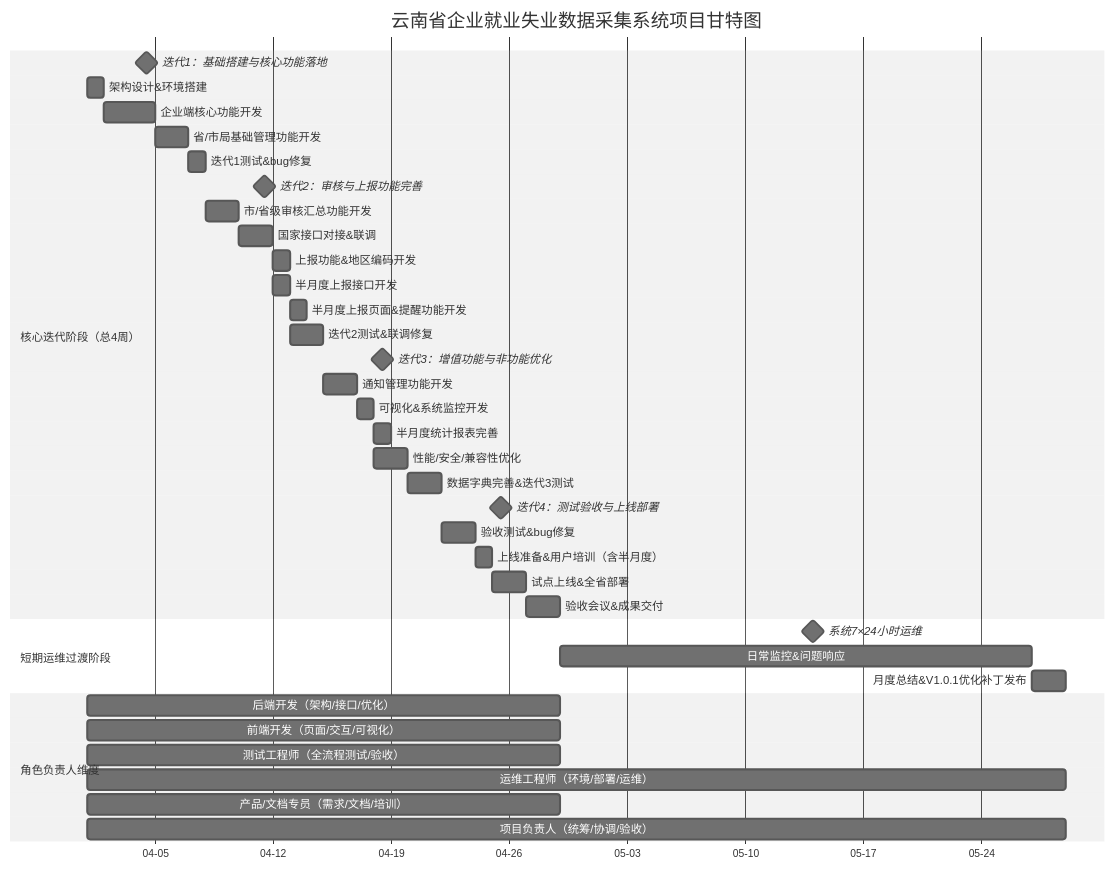
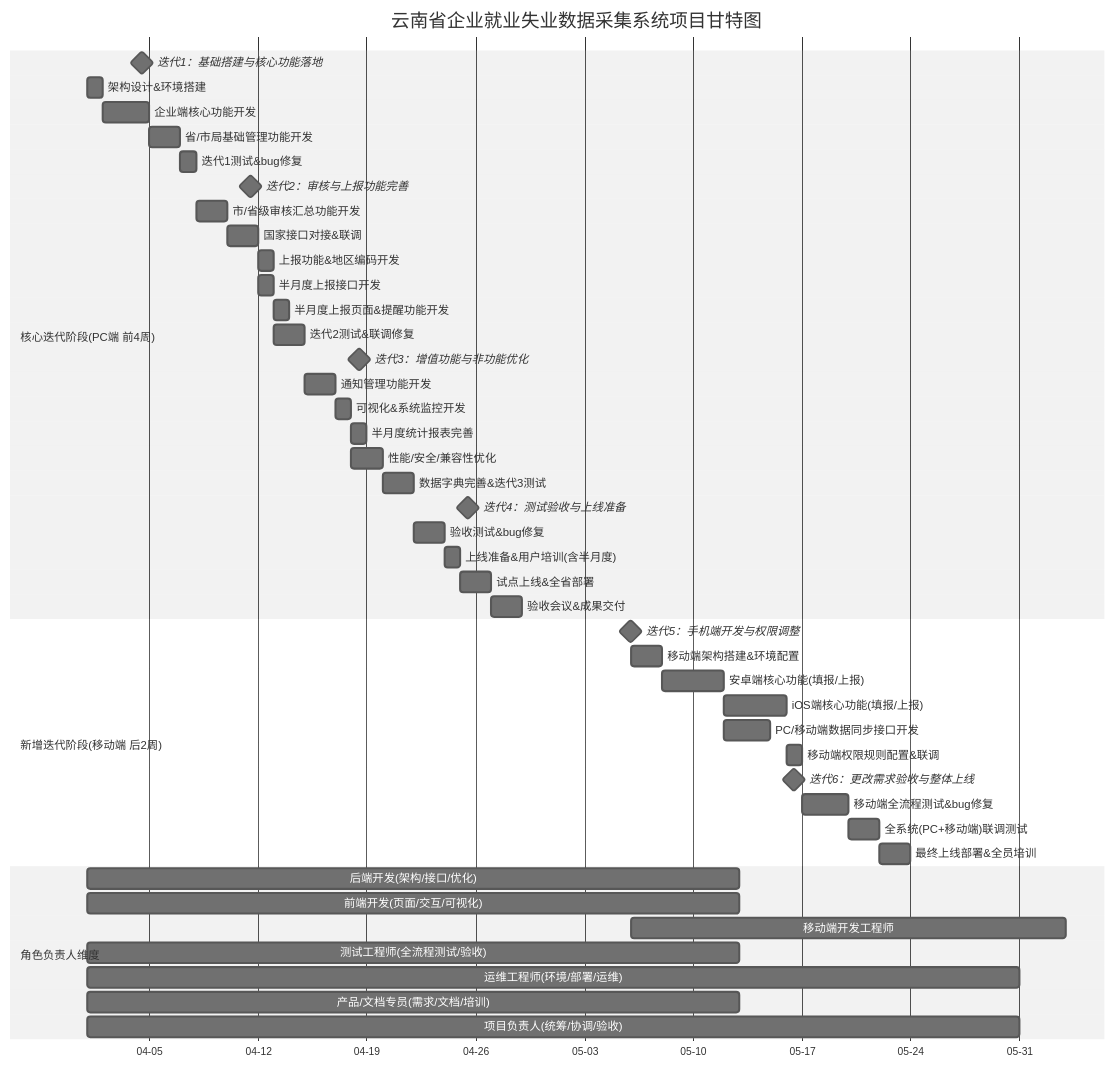
The diagram in README.md (zyyszd/yunnan-employment-system), drawn with Mermaid (neutral theme) before and after one commit.

````diff
--- a/README.md
+++ b/README.md
@@ -1,80 +1,58 @@
 ```mermaid
 gantt
+    title 云南省企业就业失业数据采集系统项目甘特图
+    dateFormat  YYYY-MM-DD
+    axisFormat  %m-%d
+    tickInterval  1week
 
-    title 云南省企业就业失业数据采集系统项目甘特图
-
-    dateFormat  2026-03-31
-
-    axisFormat  %m-%d
-
-    section 核心迭代阶段（总4周）
-
+    section 核心迭代阶段(PC端 前4周)
     迭代1：基础搭建与核心功能落地  :milestone, iter1, 2026-04-01, 7d
-
     架构设计&环境搭建              :iter1_1, 2026-04-01, 1d
-
     企业端核心功能开发             :iter1_2, after iter1_1, 3d
-
     省/市局基础管理功能开发        :iter1_3, after iter1_2, 2d
-
     迭代1测试&bug修复              :iter1_4, after iter1_3, 1d
 
- 迭代2：审核与上报功能完善      :milestone, iter2, after iter1, 7d
-
+    迭代2：审核与上报功能完善      :milestone, iter2, after iter1, 7d
     市/省级审核汇总功能开发        :iter2_1, after iter1_4, 2d
-
     国家接口对接&联调             :iter2_2, after iter2_1, 2d
-
     上报功能&地区编码开发          :iter2_3, after iter2_2, 1d
-
     半月度上报接口开发              :iter2_change1, after iter2_2, 1d
-
     半月度上报页面&提醒功能开发     :iter2_change2, after iter2_change1, 1d
-
     迭代2测试&联调修复            :iter2_4, after iter2_3, 2d
 
     迭代3：增值功能与非功能优化    :milestone, iter3, after iter2, 7d
-
     通知管理功能开发               :iter3_1, after iter2_4, 2d
-
     可视化&系统监控开发            :iter3_2, after iter3_1, 1d
-
     半月度统计报表完善             :iter3_change1, after iter3_2, 1d
-
- 性能/安全/兼容性优化           :iter3_3, after iter3_2, 2d
-
+    性能/安全/兼容性优化           :iter3_3, after iter3_2, 2d
     数据字典完善&迭代3测试         :iter3_4, after iter3_3, 2d
 
-    迭代4：测试验收与上线部署      :milestone, iter4, after iter3, 7d
+    迭代4：测试验收与上线准备      :milestone, iter4, after iter3, 7d
+    验收测试&bug修复              :iter4_1, after iter3_4, 2d
+    上线准备&用户培训(含半月度)    :iter4_2, after iter4_1, 1d
+    试点上线&全省部署              :iter4_3, after iter4_2, 2d
+    验收会议&成果交付              :iter4_4, after iter4_3, 2d
 
-    验收测试&bug修复              :iter4_1, after iter3_4, 2d
+    section 新增迭代阶段(移动端 后2周)
+    迭代5：手机端开发与权限调整    :milestone, iter5, after iter4, 14d
+    移动端架构搭建&环境配置        :iter5_1, 2026-05-06, 2d
+    安卓端核心功能(填报/上报)    :iter5_2, after iter5_1, 4d
+    iOS端核心功能(填报/上报)      :iter5_3, after iter5_2, 4d
+    PC/移动端数据同步接口开发      :iter5_4, after iter5_2, 3d
+    移动端权限规则配置&联调        :iter5_5, after iter5_3, 1d
 
-    上线准备&用户培训（含半月度）  :iter4_2, after iter4_1, 1d
-
-    试点上线&全省部署              :iter4_3, after iter4_2, 2d
-
- 验收会议&成果交付              :iter4_4, after iter4_3, 2d
-
-    section 短期运维过渡阶段
-
-    系统7×24小时运维              :milestone, op1, after iter4, 30d
-
-    日常监控&问题响应              :op1_1, after iter4_4, 28d
-
-    月度总结&V1.0.1优化补丁发布   :op1_2, after op1_1, 2d
+    迭代6：更改需求验收与整体上线  :milestone, iter6, after iter5, 7d
+    移动端全流程测试&bug修复      :iter6_1, after iter5_5, 3d
+    全系统(PC+移动端)联调测试    :iter6_2, after iter6_1, 2d
+    最终上线部署&全员培训          :iter6_3, after iter6_2, 2d
 
     section 角色负责人维度
-
-    后端开发（架构/接口/优化）     :back, 2026-04-01, 28d
-
-    前端开发（页面/交互/可视化）   :front, 2026-04-01, 28d
-
-    测试工程师（全流程测试/验收）  :test, 2026-04-01, 28d
-
-    运维工程师（环境/部署/运维）   :ops, 2026-04-01, 58d
-
-    产品/文档专员（需求/文档/培训）:product, 2026-04-01, 28d
-
-    项目负责人（统筹/协调/验收）   :pm, 2026-04-01, 58d
+    后端开发(架构/接口/优化)     :back, 2026-04-01, 42d
+    前端开发(页面/交互/可视化)   :front, 2026-04-01, 42d
+    移动端开发工程师               :mobile, 2026-05-06, 28d
+    测试工程师(全流程测试/验收)  :test, 2026-04-01, 42d
+    运维工程师(环境/部署/运维)   :ops, 2026-04-01, 60d
+    产品/文档专员(需求/文档/培训):product, 2026-04-01, 42d
+    项目负责人(统筹/协调/验收)   :pm, 2026-04-01, 60d
 
 ```
````
